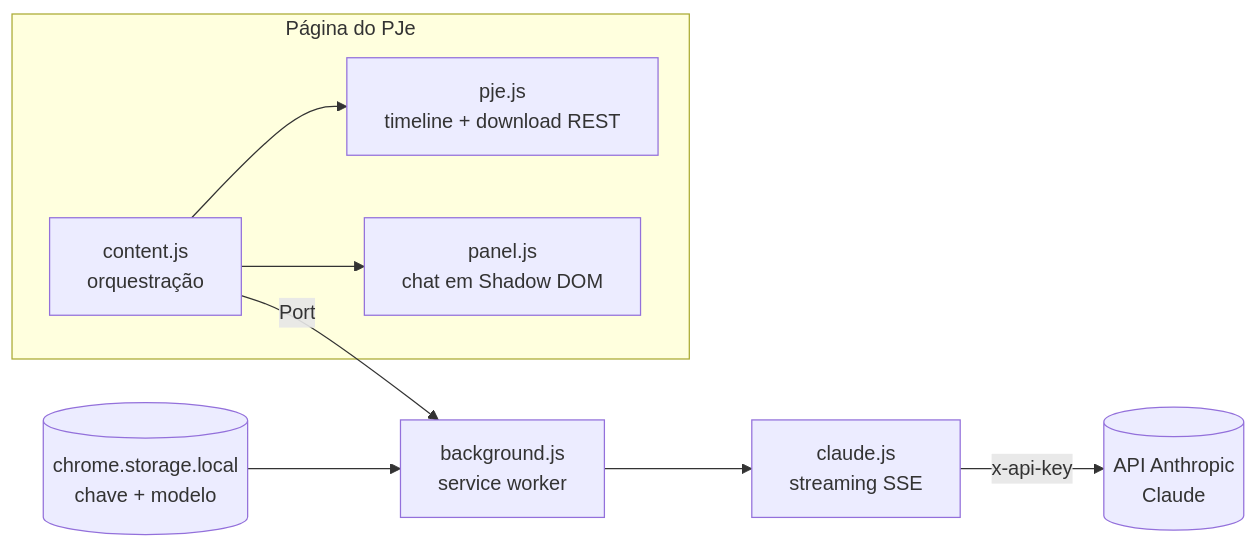
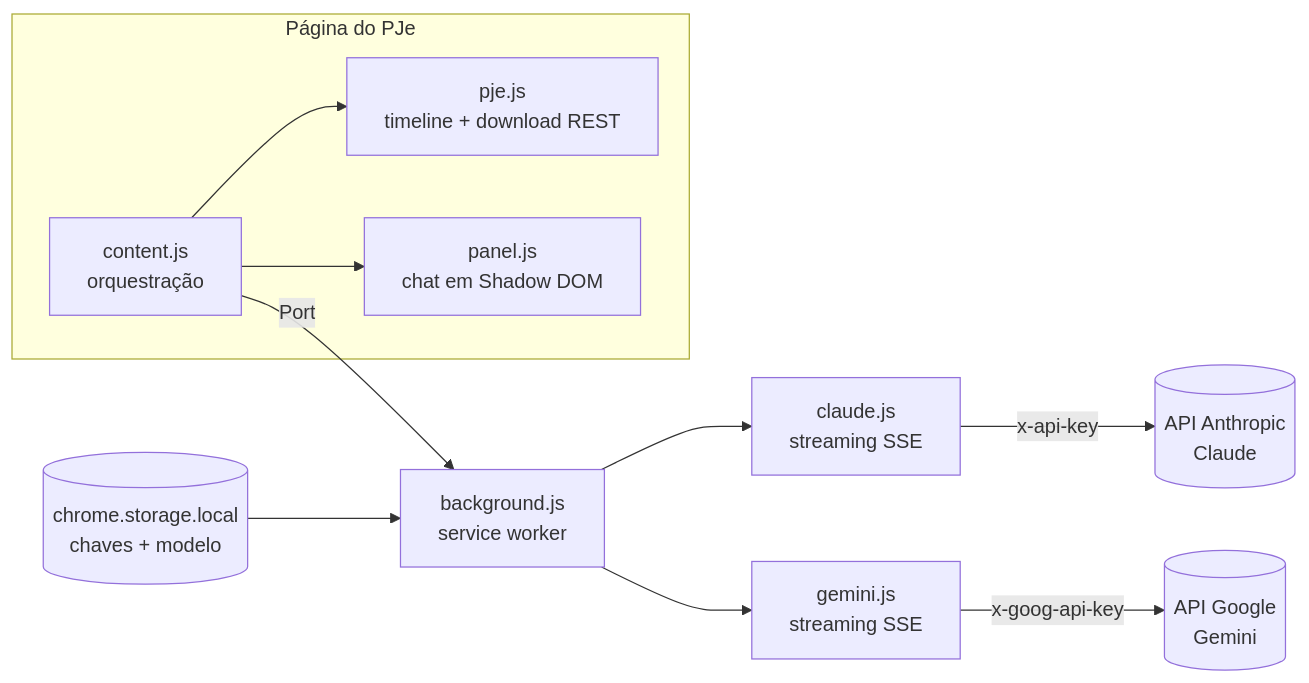
The diagram in README.md (ThalesRubiale/pje-ia), drawn with Mermaid before and after one commit. The commit also changed other lines of this file and 14 other files, not shown here.

````diff
--- a/README.md
+++ b/README.md
@@ -123,11 +128,13 @@
 ```mermaid
 flowchart LR
     subgraph Página do PJe
         A[content.js<br>orquestração] --> B[pje.js<br>timeline + download REST]
         A --> C[panel.js<br>chat em Shadow DOM]
     end
     A -- Port --> D[background.js<br>service worker]
     D --> E[claude.js<br>streaming SSE]
+    D --> H[gemini.js<br>streaming SSE]
     E -- x-api-key --> F[(API Anthropic<br>Claude)]
-    G[(chrome.storage.local<br>chave + modelo)] --> D
+    H -- x-goog-api-key --> I[(API Google<br>Gemini)]
+    G[(chrome.storage.local<br>chaves + modelo)] --> D
 ```
````
